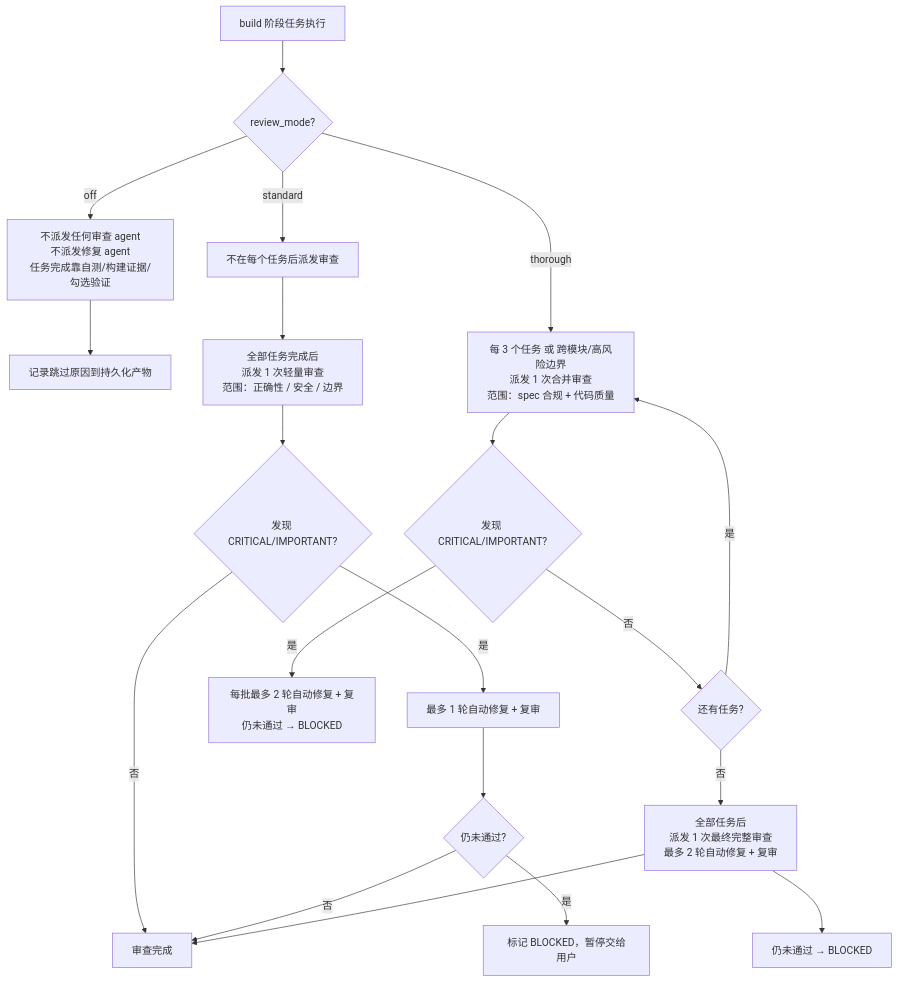
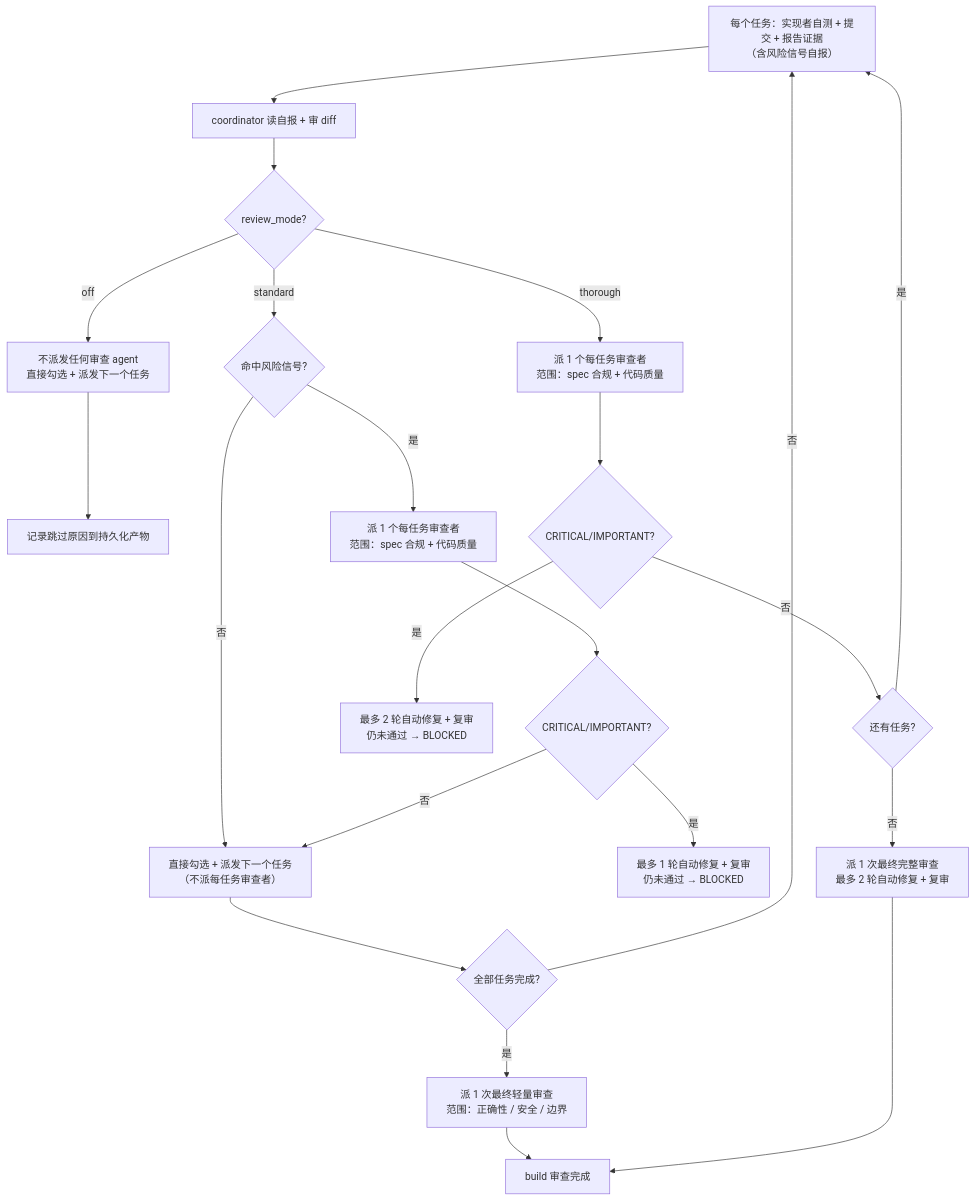
One commit to rpamis/comet-website-docs changed the diagram in zh/concepts/review-mode.mdx. Above: the diagram before and after it, drawn with Mermaid. The commit also changed other lines of this file and 11 other files, not shown here.

First line of the commit message:
docs(build): update subagent-driven-development and review_mode details

````diff
--- a/zh/concepts/review-mode.mdx
+++ b/zh/concepts/review-mode.mdx
@@ -12,25 +32,27 @@
 ```mermaid
 flowchart TD
-    Start["build 阶段任务执行"] --> Q{"review_mode?"}
+    Start["每个任务：实现者自测 + 提交 + 报告证据<br/>（含风险信号自报）"] --> Coord["coordinator 读自报 + 审 diff"]
+    Coord --> Q{"review_mode?"}
 
-    Q -->|off| OFF["不派发任何审查 agent<br/>不派发修复 agent<br/>任务完成靠自测/构建证据/勾选验证"]
+    Q -->|off| OFF["不派发任何审查 agent<br/>直接勾选 + 派发下一个任务"]
     OFF --> OFFR["记录跳过原因到持久化产物"]
 
-    Q -->|standard| STD["不在每个任务后派发审查"]
-    STD --> STDF["全部任务完成后<br/>派发 1 次轻量审查<br/>范围：正确性 / 安全 / 边界"]
-    STDF --> STDFX{"发现 CRITICAL/IMPORTANT?"}
-    STDFX -->|否| DONE["审查完成"]
-    STDFX -->|是| STDFIX["最多 1 轮自动修复 + 复审"]
-    STDFIX --> STDFIXQ{"仍未通过?"}
-    STDFIXQ -->|是| BLOCKED["标记 BLOCKED，暂停交给用户"]
-    STDFIXQ -->|否| DONE
+    Q -->|standard| STRISK{"命中风险信号?"}
+    STRISK -->|否| STSKIP["直接勾选 + 派发下一个任务<br/>（不派每任务审查者）"]
+    STRISK -->|是| STRV["派 1 个每任务审查者<br/>范围：spec 合规 + 代码质量"]
+    STRV --> STFX{"CRITICAL/IMPORTANT?"}
+    STFX -->|是| STFIX["最多 1 轮自动修复 + 复审<br/>仍未通过 → BLOCKED"]
+    STFX -->|否| STSKIP
+    STSKIP --> STFIN{"全部任务完成?"}
+    STFIN -->|否| Start
+    STFIN -->|是| STFINAL["派 1 次最终轻量审查<br/>范围：正确性 / 安全 / 边界"]
+    STFINAL --> DONE
 
-    Q -->|thorough| TH["每 3 个任务 或 跨模块/高风险边界<br/>派发 1 次合并审查<br/>范围：spec 合规 + 代码质量"]
-    TH --> THFIX{"发现 CRITICAL/IMPORTANT?"}
-    THFIX -->|是| THFIXR["每批最多 2 轮自动修复 + 复审<br/>仍未通过 → BLOCKED"]
-    THFIX -->|否| THNEXT{"还有任务?"}
-    THNEXT -->|是| TH
-    THNEXT -->|否| THFINAL["全部任务后<br/>派发 1 次最终完整审查<br/>最多 2 轮自动修复 + 复审"]
-    THFINAL --> BLOCKED2["仍未通过 → BLOCKED"]
-    THFINAL --> DONE
+    Q -->|thorough| THRV["派 1 个每任务审查者<br/>范围：spec 合规 + 代码质量"]
+    THRV --> THFX{"CRITICAL/IMPORTANT?"}
+    THFX -->|是| THFIX["最多 2 轮自动修复 + 复审<br/>仍未通过 → BLOCKED"]
+    THFX -->|否| THNEXT{"还有任务?"}
+    THNEXT -->|是| Start
+    THNEXT -->|否| THFINAL["派 1 次最终完整审查<br/>最多 2 轮自动修复 + 复审"]
+    THFINAL --> DONE["build 审查完成"]
 ```
````
